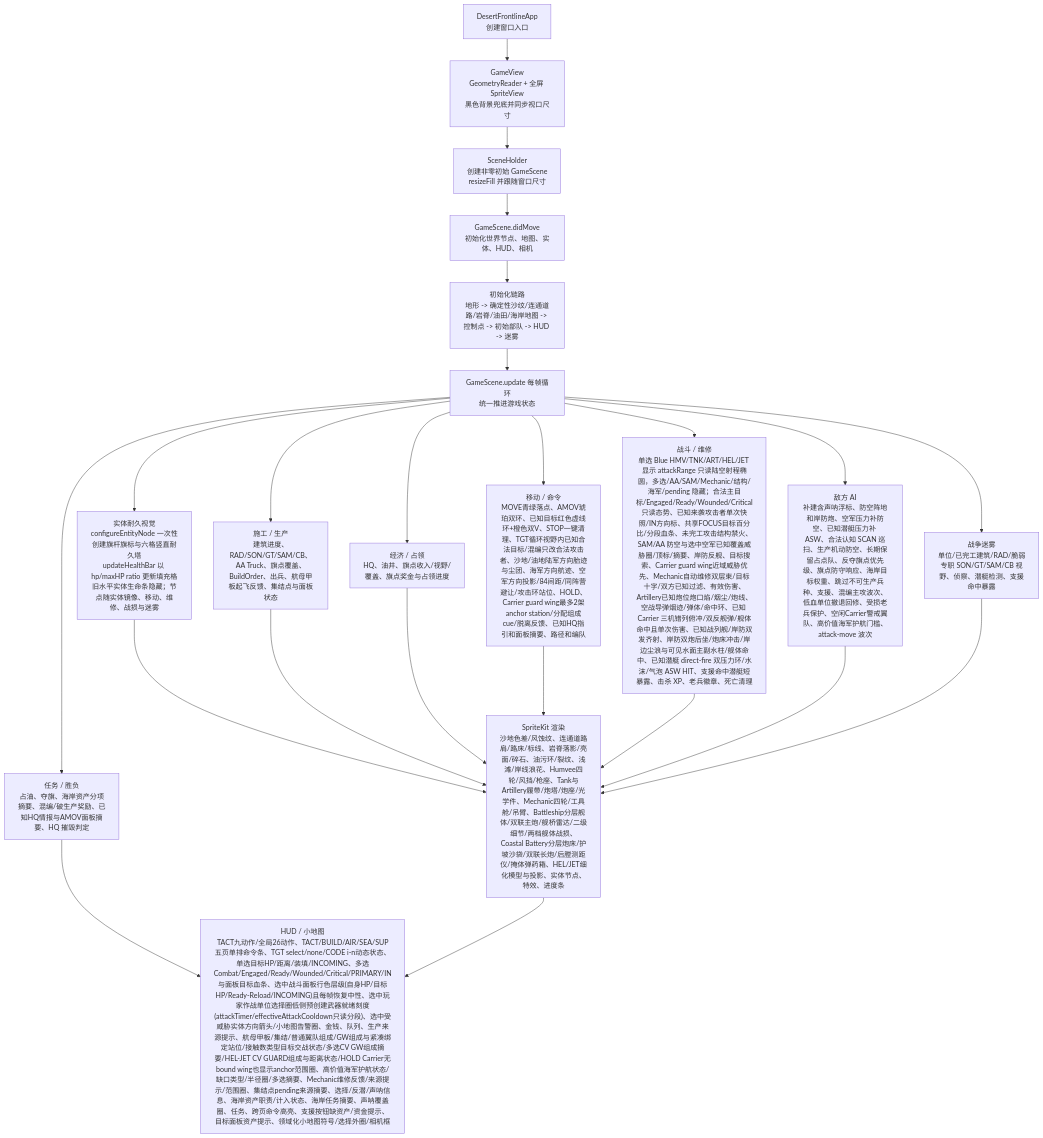
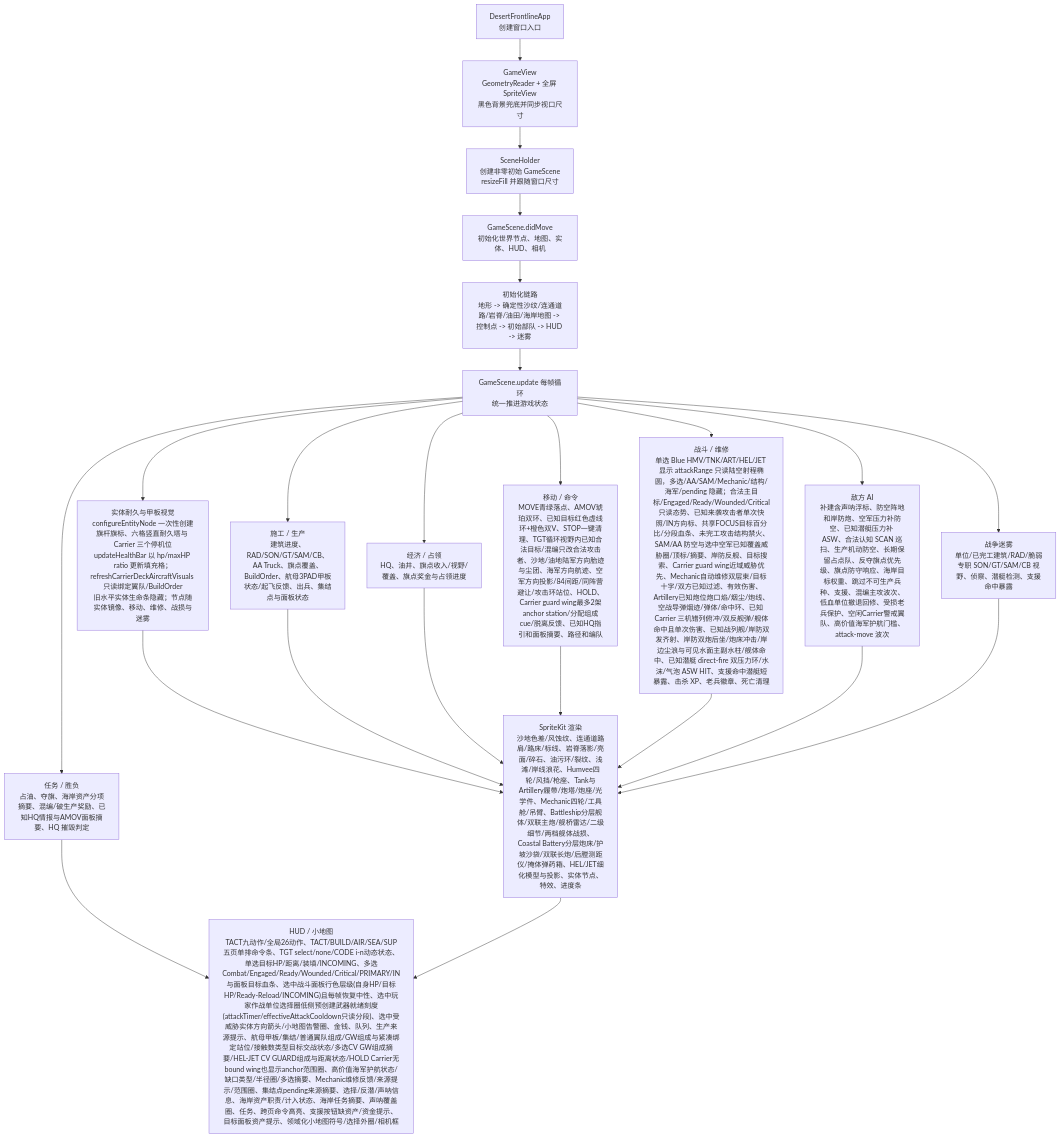
One commit to Altman-sam114/1145 changed the first of 3 diagrams in md/flow/flowchart.md. Above: the diagram before and after it, drawn with Mermaid. The commit also changed other lines of this file and 5 other files, not shown here.

````diff
--- a/md/flow/flowchart.md
+++ b/md/flow/flowchart.md
@@ -11,25 +11,25 @@
 ```mermaid
 flowchart TD
   App["DesertFrontlineApp\n创建窗口入口"] --> View["GameView\nGeometryReader + 全屏 SpriteView\n黑色背景兜底并同步视口尺寸"]
   View --> Holder["SceneHolder\n创建非零初始 GameScene\nresizeFill 并跟随窗口尺寸"]
   Holder --> Scene["GameScene.didMove\n初始化世界节点、地图、实体、HUD、相机"]
   Scene --> Init["初始化链路\n地形 -> 确定性沙纹/连通道路/岩脊/油田/海岸地图 -> 控制点 -> 初始部队 -> HUD -> 迷雾"]
   Init --> Loop["GameScene.update 每帧循环\n统一推进游戏状态"]
-  Loop --> Build["施工 / 生产\n建筑进度、RAD/SON/GT/SAM/CB、AA Truck、旗点覆盖、BuildOrder、出兵、航母甲板起飞反馈、集结点与面板状态"]
+  Loop --> Build["施工 / 生产\n建筑进度、RAD/SON/GT/SAM/CB、AA Truck、旗点覆盖、BuildOrder、航母3PAD甲板状态/起飞反馈、出兵、集结点与面板状态"]
   Loop --> Economy["经济 / 占领\nHQ、油井、旗点收入/视野/覆盖、旗点奖金与占领进度"]
   Loop --> Commands["移动 / 命令\nMOVE青绿落点、AMOV琥珀双环、已知目标红色虚线环+橙色双V、STOP一键清理、TGT循环视野内已知合法目标/混编只改合法攻击者、沙地/油地陆军方向胎迹与尘团、海军方向航迹、空军方向投影/84间距/同阵营避让/攻击环站位、HOLD、Carrier guard wing最多2架anchor station/分配组成cue/脱离反馈、已知HQ指引和面板摘要、路径和编队"]
   Loop --> Combat["战斗 / 维修\n单选 Blue HMV/TNK/ART/HEL/JET 显示 attackRange 只读陆空射程椭圆，多选/AA/SAM/Mechanic/结构/海军/pending 隐藏；合法主目标/Engaged/Ready/Wounded/Critical只读态势、已知来袭攻击者单次快照/IN方向标、共享FOCUS目标百分比/分段血条、未完工攻击结构禁火、SAM/AA 防空与选中空军已知覆盖威胁圈/顶标/摘要、岸防反舰、目标搜索、Carrier guard wing近域威胁优先、Mechanic自动维修双层束/目标十字/双方已知过滤、有效伤害、Artillery已知炮位炮口焰/烟尘/炮线、空战导弹烟迹/弹体/命中环、已知 Carrier 三机错列俯冲/双反舰弹/舰体命中且单次伤害、已知战列舰/岸防双发齐射、岸防双炮后坐/炮床冲击/岸边尘浪与可见水面主副水柱/舰体命中、已知潜艇 direct-fire 双压力环/水沫/气泡 ASW HIT、支援命中潜艇短暴露、击杀 XP、老兵徽章、死亡清理"]
-  Loop --> HealthVisual["实体耐久视觉\nconfigureEntityNode 一次性创建旗杆旗标与六格竖直耐久塔\nupdateHealthBar 以 hp/maxHP ratio 更新填充格\n旧水平实体生命条隐藏；节点随实体镜像、移动、维修、战损与迷雾"]
+  Loop --> HealthVisual["实体耐久与甲板视觉\nconfigureEntityNode 一次性创建旗杆旗标、六格竖直耐久塔与 Carrier 三个停机位\nupdateHealthBar 以 hp/maxHP ratio 更新填充格；refreshCarrierDeckAircraftVisuals 只读绑定翼队/BuildOrder\n旧水平实体生命条隐藏；节点随实体镜像、移动、维修、战损与迷雾"]
   HealthVisual --> Render
   Loop --> AI["敌方 AI\n补建含声呐浮标、防空阵地和岸防炮、空军压力补防空、已知潜艇压力补 ASW、合法认知 SCAN 巡扫、生产机动防空、长期保留占点队、反夺旗点优先级、旗点防守响应、海岸目标权重、跳过不可生产兵种、支援、混编主攻波次、低血单位撤退回修、受损老兵保护、空闲Carrier警戒翼队、高价值海军护航门槛、attack-move 波次"]
   Loop --> Fog["战争迷雾\n单位/已完工建筑/RAD/脆弱专职 SON/GT/SAM/CB 视野、侦察、潜艇检测、支援命中暴露"]
   Loop --> Mission["任务 / 胜负\n占油、夺旗、海岸资产分项摘要、混编/破生产奖励、已知HQ情报与AMOV面板摘要、HQ 摧毁判定"]
   Build --> Render["SpriteKit 渲染\n沙地色差/风蚀纹、连通道路肩/路床/标线、岩脊落影/亮面/碎石、油污环/裂纹、浅滩/岸线浪花、Humvee四轮/风挡/枪座、Tank与Artillery履带/炮塔/炮座/光学件、Mechanic四轮/工具舱/吊臂、Battleship分层舰体/双联主炮/舰桥雷达/二级细节/两档舰体战损、Coastal Battery分层炮床/护坡沙袋/双联长炮/后膛测距仪/掩体弹药箱、HEL/JET细化模型与投影、实体节点、特效、进度条"]
   Economy --> Render
   Commands --> Render
   Combat --> Render
   AI --> Render
   Fog --> Render
   Mission --> HUD["HUD / 小地图\nTACT九动作/全局26动作、TACT/BUILD/AIR/SEA/SUP五页单排命令条、TGT select/none/CODE i-n动态状态、单选目标HP/距离/装填/INCOMING、多选Combat/Engaged/Ready/Wounded/Critical/PRIMARY/IN与面板目标血条、选中战斗面板行色层级(自身HP/目标HP/Ready-Reload/INCOMING)且每帧恢复中性、选中玩家作战单位选择圈低侧预创建武器就绪刻度(attackTimer/effectiveAttackCooldown只读分段)、选中受威胁实体方向箭头/小地图告警圈、金钱、队列、生产来源提示、航母甲板/集结/普通翼队组成/GW组成与紧凑绑定站位/接触数类型目标交战状态/多选CV GW组成摘要/HEL-JET CV GUARD组成与距离状态/HOLD Carrier无bound wing也显示anchor范围圈、高价值海军护航状态/缺口类型/半径圈/多选摘要、Mechanic维修反馈/来源提示/范围圈、集结点pending来源摘要、选择/反潜/声呐信息、海岸资产职责/计入状态、海岸任务摘要、声呐覆盖圈、任务、跨页命令高亮、支援按钮缺资产/资金提示、目标面板资产提示、领域化小地图符号/选择外圈/相机框"]
   Render --> HUD
 ```
````
